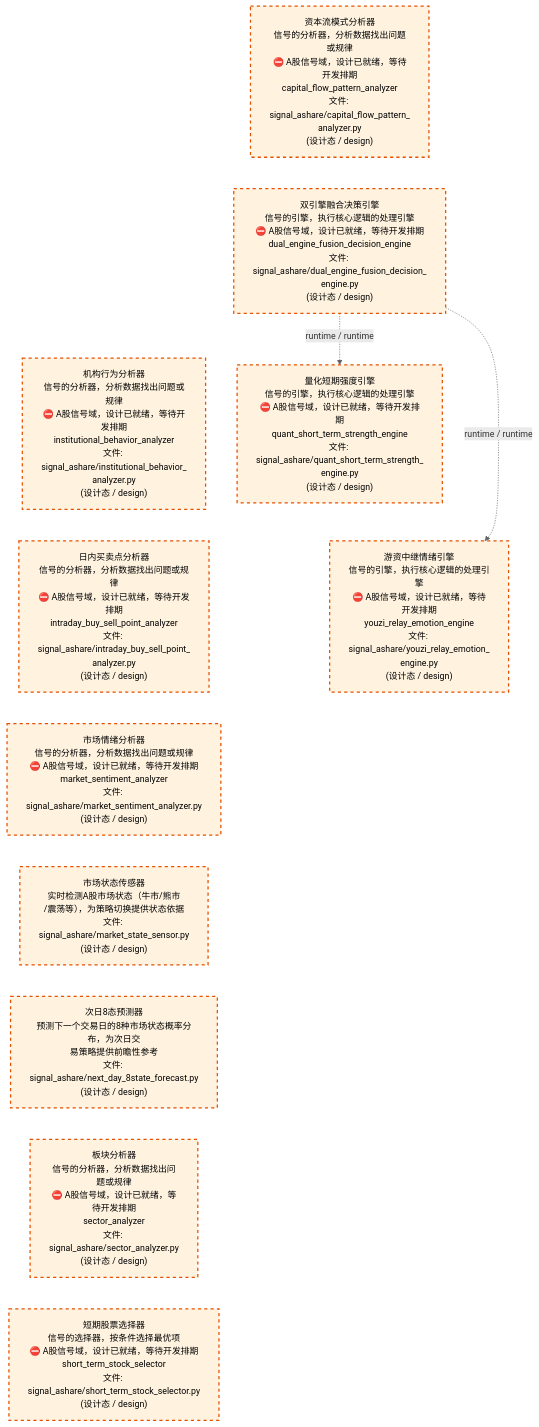
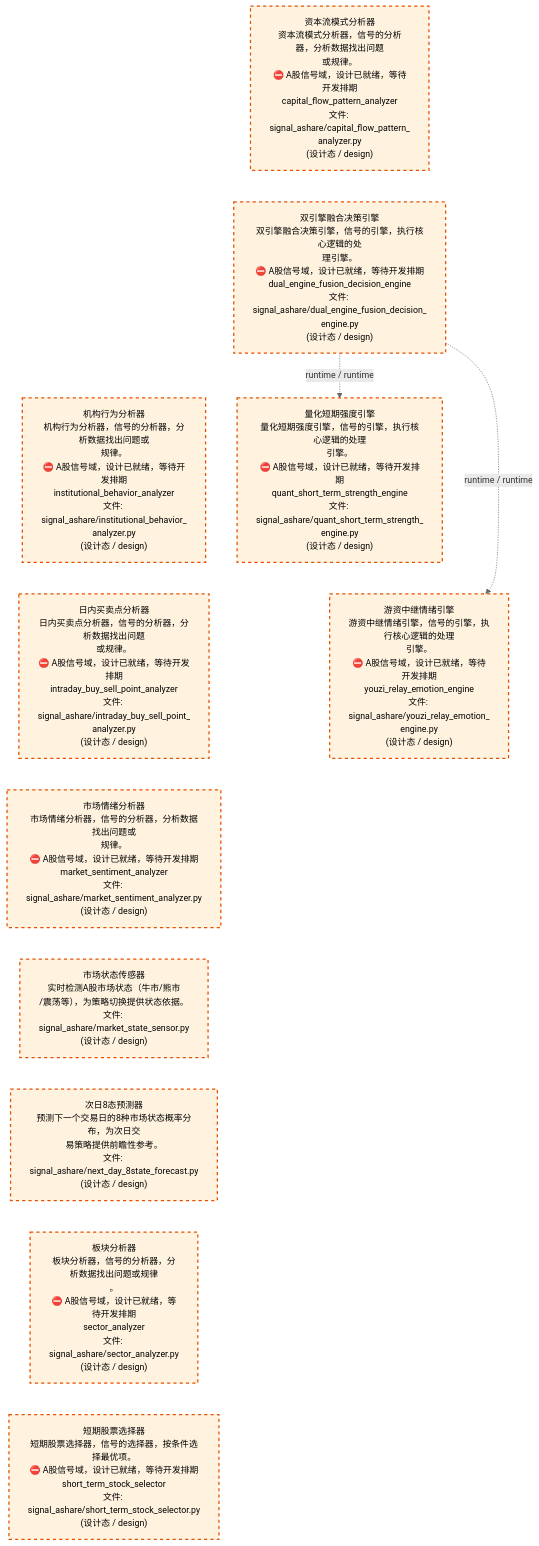
The third of 4 diagrams in docs/02_enterprise_architecture/02_domain_architecture_docs/32_d_ashare_signal.md (xuanFelixVan/ZephyrAlpha), drawn with Mermaid before and after one commit. The commit also changed other lines of this file and 61 other files, not shown here.

````diff
--- a/docs/02_enterprise_architecture/02_domain_architecture_docs/32_d_ashare_signal.md
+++ b/docs/02_enterprise_architecture/02_domain_architecture_docs/32_d_ashare_signal.md
@@ -134,31 +134,31 @@
 ```mermaid
 %%{init: {'theme': 'base', 'themeVariables': {'primaryColor': '#eaeaea', 'primaryTextColor': '#333333', 'primaryBorderColor': '#666666', 'lineColor': '#666666', 'secondaryColor': '#eaeaea', 'tertiaryColor': '#eaeaea', 'fontSize': '14px'}}}%%
 flowchart TD
-    src_zephyr_signal_ashare_capital_flow_pattern_analyzer_py["资本流模式分析器<br/>信号的分析器，分析数据找出问题或规律<br/>⛔ A股信号域，设计已就绪，等待开发排期<br/>capital_flow_pattern_analyzer<br/>文件: signal_ashare/capital_flow_pattern_<br/>analyzer.py<br/>(设计态 / design)"]
-    src_zephyr_signal_ashare_dual_engine_fusion_decision_engine_py["双引擎融合决策引擎<br/>信号的引擎，执行核心逻辑的处理引擎<br/>⛔ A股信号域，设计已就绪，等待开发排期<br/>dual_engine_fusion_decision_engine<br/>文件: signal_ashare/dual_engine_fusion_decision_<br/>engine.py<br/>(设计态 / design)"]
-    src_zephyr_signal_ashare_institutional_behavior_analyzer_py["机构行为分析器<br/>信号的分析器，分析数据找出问题或规律<br/>⛔ A股信号域，设计已就绪，等待开发排期<br/>institutional_behavior_analyzer<br/>文件: signal_ashare/institutional_behavior_<br/>analyzer.py<br/>(设计态 / design)"]
-    src_zephyr_signal_ashare_intraday_buy_sell_point_analyzer_py["日内买卖点分析器<br/>信号的分析器，分析数据找出问题或规律<br/>⛔ A股信号域，设计已就绪，等待开发排期<br/>intraday_buy_sell_point_analyzer<br/>文件: signal_ashare/intraday_buy_sell_point_<br/>analyzer.py<br/>(设计态 / design)"]
-    src_zephyr_signal_ashare_market_sentiment_analyzer_py["市场情绪分析器<br/>信号的分析器，分析数据找出问题或规律<br/>⛔ A股信号域，设计已就绪，等待开发排期<br/>market_sentiment_analyzer<br/>文件: signal_ashare/market_sentiment_analyzer.py<br/>(设计态 / design)"]
-    src_zephyr_signal_ashare_market_state_sensor_py["市场状态传感器<br/>实时检测A股市场状态（牛市/熊市<br/>/震荡等），为策略切换提供状态依据<br/>文件: signal_ashare/market_state_sensor.py<br/>(设计态 / design)"]
-    src_zephyr_signal_ashare_next_day_8state_forecast_py["次日8态预测器<br/>预测下一个交易日的8种市场状态概率分布，为次日交<br/>易策略提供前瞻性参考<br/>文件: signal_ashare/next_day_8state_forecast.py<br/>(设计态 / design)"]
-    src_zephyr_signal_ashare_sector_analyzer_py["板块分析器<br/>信号的分析器，分析数据找出问题或规律<br/>⛔ A股信号域，设计已就绪，等待开发排期<br/>sector_analyzer<br/>文件: signal_ashare/sector_analyzer.py<br/>(设计态 / design)"]
-    src_zephyr_signal_ashare_short_term_stock_selector_py["短期股票选择器<br/>信号的选择器，按条件选择最优项<br/>⛔ A股信号域，设计已就绪，等待开发排期<br/>short_term_stock_selector<br/>文件: signal_ashare/short_term_stock_selector.py<br/>(设计态 / design)"]
+    src_zephyr_signal_ashare_capital_flow_pattern_analyzer_py["资本流模式分析器<br/>资本流模式分析器，信号的分析器，分析数据找出问题<br/>或规律。<br/>⛔ A股信号域，设计已就绪，等待开发排期<br/>capital_flow_pattern_analyzer<br/>文件: signal_ashare/capital_flow_pattern_<br/>analyzer.py<br/>(设计态 / design)"]
+    src_zephyr_signal_ashare_dual_engine_fusion_decision_engine_py["双引擎融合决策引擎<br/>双引擎融合决策引擎，信号的引擎，执行核心逻辑的处<br/>理引擎。<br/>⛔ A股信号域，设计已就绪，等待开发排期<br/>dual_engine_fusion_decision_engine<br/>文件: signal_ashare/dual_engine_fusion_decision_<br/>engine.py<br/>(设计态 / design)"]
+    src_zephyr_signal_ashare_institutional_behavior_analyzer_py["机构行为分析器<br/>机构行为分析器，信号的分析器，分析数据找出问题或<br/>规律。<br/>⛔ A股信号域，设计已就绪，等待开发排期<br/>institutional_behavior_analyzer<br/>文件: signal_ashare/institutional_behavior_<br/>analyzer.py<br/>(设计态 / design)"]
+    src_zephyr_signal_ashare_intraday_buy_sell_point_analyzer_py["日内买卖点分析器<br/>日内买卖点分析器，信号的分析器，分析数据找出问题<br/>或规律。<br/>⛔ A股信号域，设计已就绪，等待开发排期<br/>intraday_buy_sell_point_analyzer<br/>文件: signal_ashare/intraday_buy_sell_point_<br/>analyzer.py<br/>(设计态 / design)"]
+    src_zephyr_signal_ashare_market_sentiment_analyzer_py["市场情绪分析器<br/>市场情绪分析器，信号的分析器，分析数据找出问题或<br/>规律。<br/>⛔ A股信号域，设计已就绪，等待开发排期<br/>market_sentiment_analyzer<br/>文件: signal_ashare/market_sentiment_analyzer.py<br/>(设计态 / design)"]
+    src_zephyr_signal_ashare_market_state_sensor_py["市场状态传感器<br/>实时检测A股市场状态（牛市/熊市<br/>/震荡等），为策略切换提供状态依据。<br/>文件: signal_ashare/market_state_sensor.py<br/>(设计态 / design)"]
+    src_zephyr_signal_ashare_next_day_8state_forecast_py["次日8态预测器<br/>预测下一个交易日的8种市场状态概率分布，为次日交<br/>易策略提供前瞻性参考。<br/>文件: signal_ashare/next_day_8state_forecast.py<br/>(设计态 / design)"]
+    src_zephyr_signal_ashare_sector_analyzer_py["板块分析器<br/>板块分析器，信号的分析器，分析数据找出问题或规律<br/>。<br/>⛔ A股信号域，设计已就绪，等待开发排期<br/>sector_analyzer<br/>文件: signal_ashare/sector_analyzer.py<br/>(设计态 / design)"]
+    src_zephyr_signal_ashare_short_term_stock_selector_py["短期股票选择器<br/>短期股票选择器，信号的选择器，按条件选择最优项。<br/>⛔ A股信号域，设计已就绪，等待开发排期<br/>short_term_stock_selector<br/>文件: signal_ashare/short_term_stock_selector.py<br/>(设计态 / design)"]
     src_zephyr_signal_ashare_capital_flow_pattern_analyzer_py ~~~ src_zephyr_signal_ashare_dual_engine_fusion_decision_engine_py
     src_zephyr_signal_ashare_dual_engine_fusion_decision_engine_py ~~~ src_zephyr_signal_ashare_institutional_behavior_analyzer_py
     src_zephyr_signal_ashare_institutional_behavior_analyzer_py ~~~ src_zephyr_signal_ashare_intraday_buy_sell_point_analyzer_py
     src_zephyr_signal_ashare_intraday_buy_sell_point_analyzer_py ~~~ src_zephyr_signal_ashare_market_sentiment_analyzer_py
     src_zephyr_signal_ashare_market_sentiment_analyzer_py ~~~ src_zephyr_signal_ashare_market_state_sensor_py
     src_zephyr_signal_ashare_market_state_sensor_py ~~~ src_zephyr_signal_ashare_next_day_8state_forecast_py
     src_zephyr_signal_ashare_next_day_8state_forecast_py ~~~ src_zephyr_signal_ashare_sector_analyzer_py
     src_zephyr_signal_ashare_sector_analyzer_py ~~~ src_zephyr_signal_ashare_short_term_stock_selector_py
-    src_zephyr_signal_ashare_quant_short_term_strength_engine_py["量化短期强度引擎<br/>信号的引擎，执行核心逻辑的处理引擎<br/>⛔ A股信号域，设计已就绪，等待开发排期<br/>quant_short_term_strength_engine<br/>文件: signal_ashare/quant_short_term_strength_<br/>engine.py<br/>(设计态 / design)"]
-    src_zephyr_signal_ashare_youzi_relay_emotion_engine_py["游资中继情绪引擎<br/>信号的引擎，执行核心逻辑的处理引擎<br/>⛔ A股信号域，设计已就绪，等待开发排期<br/>youzi_relay_emotion_engine<br/>文件: signal_ashare/youzi_relay_emotion_<br/>engine.py<br/>(设计态 / design)"]
+    src_zephyr_signal_ashare_quant_short_term_strength_engine_py["量化短期强度引擎<br/>量化短期强度引擎，信号的引擎，执行核心逻辑的处理<br/>引擎。<br/>⛔ A股信号域，设计已就绪，等待开发排期<br/>quant_short_term_strength_engine<br/>文件: signal_ashare/quant_short_term_strength_<br/>engine.py<br/>(设计态 / design)"]
+    src_zephyr_signal_ashare_youzi_relay_emotion_engine_py["游资中继情绪引擎<br/>游资中继情绪引擎，信号的引擎，执行核心逻辑的处理<br/>引擎。<br/>⛔ A股信号域，设计已就绪，等待开发排期<br/>youzi_relay_emotion_engine<br/>文件: signal_ashare/youzi_relay_emotion_<br/>engine.py<br/>(设计态 / design)"]
     src_zephyr_signal_ashare_quant_short_term_strength_engine_py ~~~ src_zephyr_signal_ashare_youzi_relay_emotion_engine_py
     src_zephyr_signal_ashare_dual_engine_fusion_decision_engine_py -.->|runtime / runtime| src_zephyr_signal_ashare_youzi_relay_emotion_engine_py
     src_zephyr_signal_ashare_dual_engine_fusion_decision_engine_py -.->|runtime / runtime| src_zephyr_signal_ashare_quant_short_term_strength_engine_py
     classDef production fill:#e1f5fe,stroke:#01579b,stroke-width:2px,color:#000
     classDef design fill:#fff3e0,stroke:#e65100,stroke-width:2px,color:#000,stroke-dasharray: 5 5
     classDef external_prod fill:#e8f4fd,stroke:#0277bd,stroke-width:1px,color:#000
     classDef external_design fill:#fff8e7,stroke:#ef6c00,stroke-width:1px,color:#000,stroke-dasharray: 5 5
     class src_zephyr_signal_ashare_capital_flow_pattern_analyzer_py,src_zephyr_signal_ashare_dual_engine_fusion_decision_engine_py,src_zephyr_signal_ashare_institutional_behavior_analyzer_py,src_zephyr_signal_ashare_intraday_buy_sell_point_analyzer_py,src_zephyr_signal_ashare_market_sentiment_analyzer_py,src_zephyr_signal_ashare_market_state_sensor_py,src_zephyr_signal_ashare_next_day_8state_forecast_py,src_zephyr_signal_ashare_quant_short_term_strength_engine_py,src_zephyr_signal_ashare_sector_analyzer_py,src_zephyr_signal_ashare_short_term_stock_selector_py,src_zephyr_signal_ashare_youzi_relay_emotion_engine_py design
 ```
````
